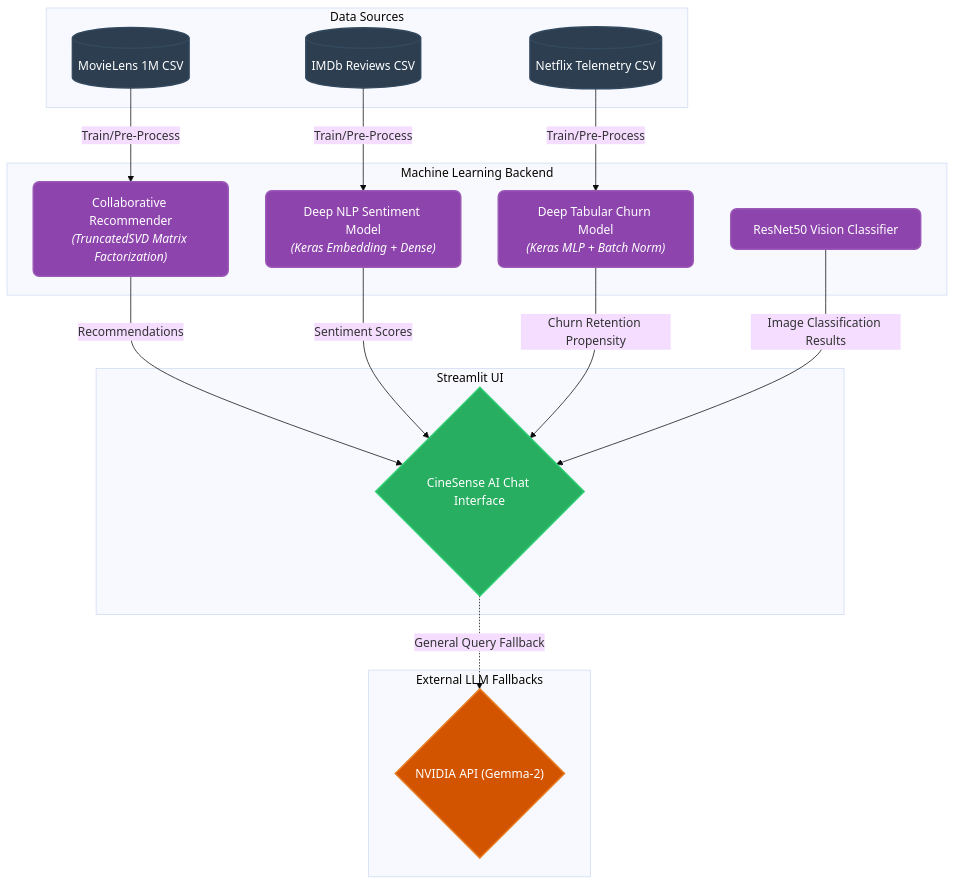
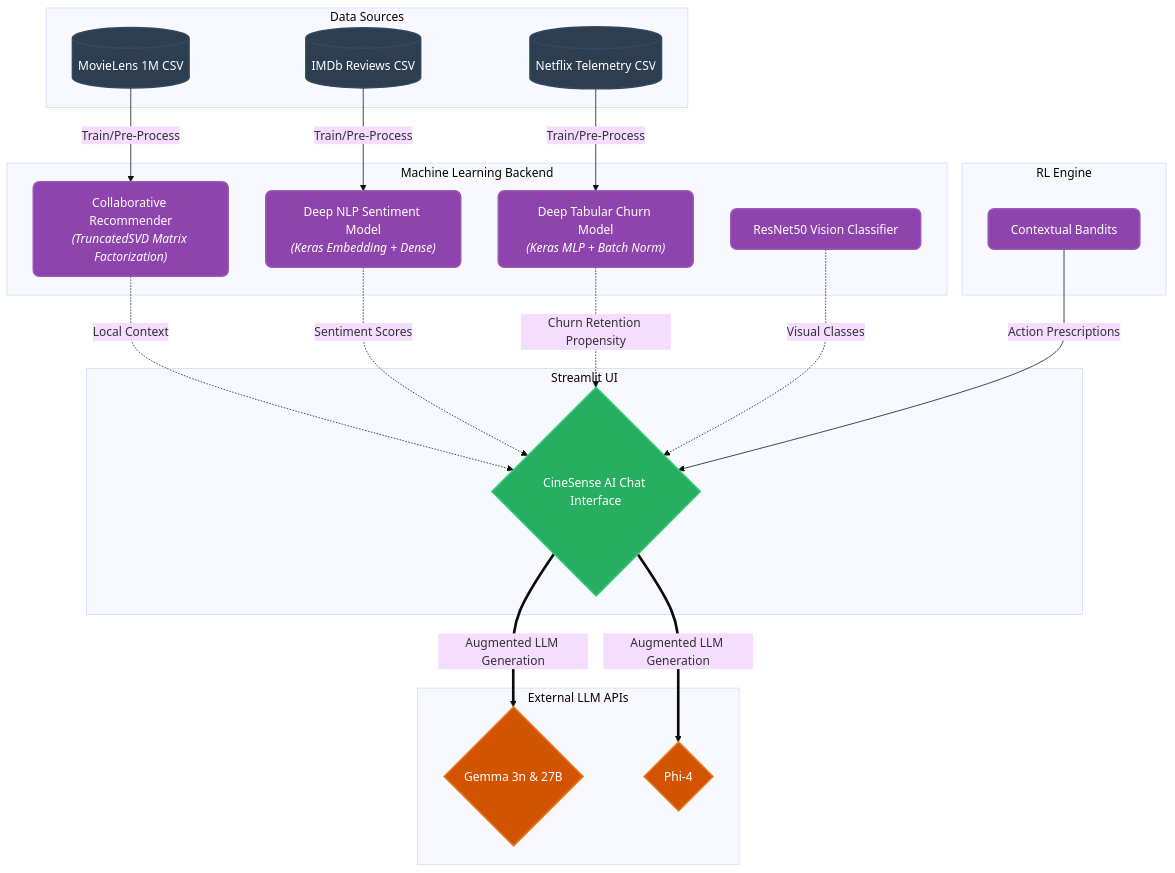
Before and after one commit to VivekDave007/CineSenseAI: the diagram in README.md, drawn with Mermaid (base theme). The commit also changed other lines of this file and 12 other files, not shown here.

````diff
--- a/README.md
+++ b/README.md
@@ -22,46 +22,55 @@
 ```mermaid
 graph TD
     %% Custom Styling
     classDef data fill:#2C3E50,stroke:#34495E,stroke-width:2px,color:#fff,rx:8px,ry:8px;
     classDef model fill:#8E44AD,stroke:#9B59B6,stroke-width:2px,color:#fff,rx:8px,ry:8px;
     classDef llm fill:#D35400,stroke:#E67E22,stroke-width:2px,color:#fff,rx:15px,ry:15px;
     classDef ui fill:#27AE60,stroke:#2ECC71,stroke-width:2px,color:#fff,rx:15px,ry:15px;
 
     %% Define Sources
     subgraph Data Sources
         DS1[("Netflix Telemetry CSV")]:::data
         DS2[("IMDb Reviews CSV")]:::data
         DS3[("MovieLens 1M CSV")]:::data
     end
 
     %% Define ML Backend Models
     subgraph Machine Learning Backend
         ML1["Deep Tabular Churn Model<br><i>(Keras MLP + Batch Norm)</i>"]:::model
         ML2["Deep NLP Sentiment Model<br><i>(Keras Embedding + Dense)</i>"]:::model
         ML3["Collaborative Recommender<br><i>(TruncatedSVD Matrix Factorization)</i>"]:::model
         ML4["ResNet50 Vision Classifier"]:::model
     end
 
     %% Connect Sources to Models
     DS1 -->|"Train/Pre-Process"| ML1
     DS2 -->|"Train/Pre-Process"| ML2
     DS3 -->|"Train/Pre-Process"| ML3
 
     %% Define External Fallbacks
-    subgraph External LLM Fallbacks
-        LLM1{"NVIDIA API (Gemma-2)"}:::llm
+    subgraph External LLM APIs
+        LLM1{"Gemma 3n & 27B"}:::llm
+        LLM2{"Phi-4"}:::llm
     end
 
     %% Define Streamlit Frontend
     subgraph Streamlit UI
         UI1{"CineSense AI Chat Interface"}:::ui
     end
 
+    %% Define RL Layer
+    subgraph RL Engine
+        RL1["Contextual Bandits"]:::model
+    end
+
     %% Connect Models to UI via Assistant Router
-    ML3 -->|"Recommendations"| UI1
-    ML2 -->|"Sentiment Scores"| UI1
-    ML1 -->|"Churn Retention Propensity"| UI1
-    ML4 -->|"Image Classification Results"| UI1
+    ML3 -.->|"Local Context"| UI1
+    ML2 -.->|"Sentiment Scores"| UI1
+    ML1 -.->|"Churn Retention Propensity"| UI1
+    ML4 -.->|"Visual Classes"| UI1
     
-    UI1 -.->|"General Query Fallback"| LLM1
+    UI1 ==>|"Augmented LLM Generation"| LLM1
+    UI1 ==>|"Augmented LLM Generation"| LLM2
+    
+    RL1 -->|"Action Prescriptions"| UI1
 ```
````
